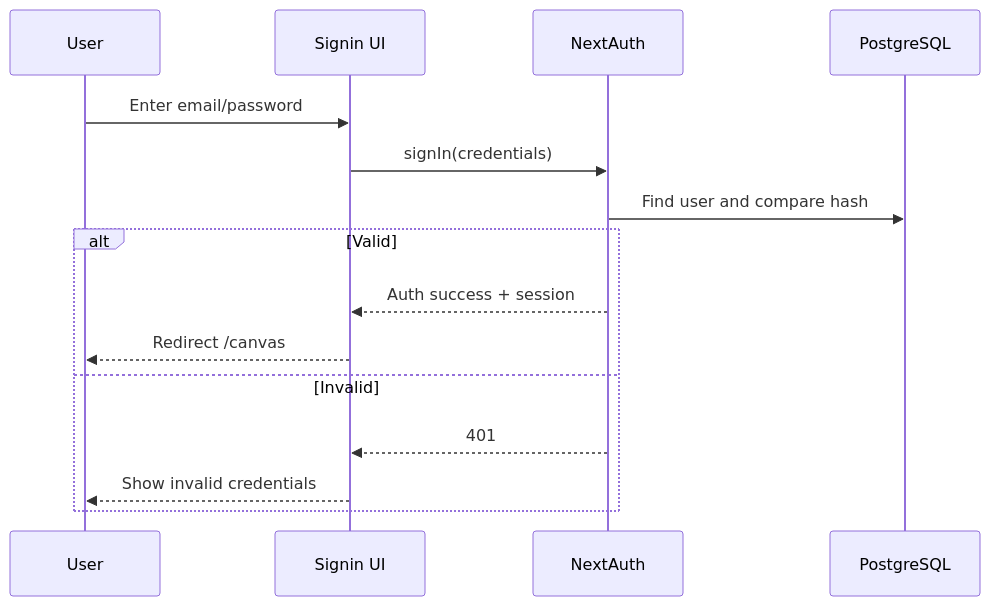
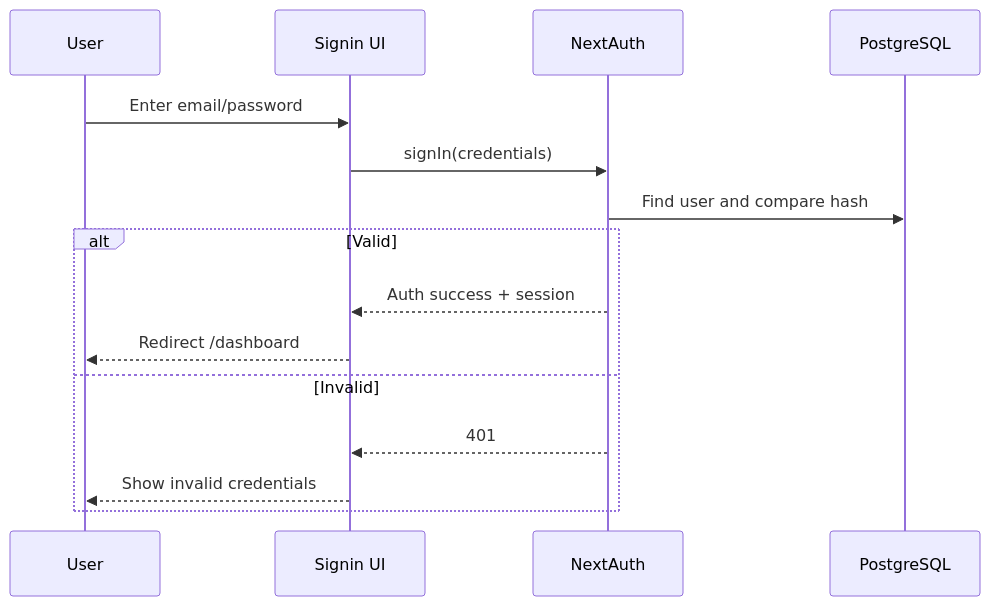
One commit to Namansingh3264/NexusEditor changed the fourth of 9 diagrams in README.md. Above: the diagram before and after it, drawn with Mermaid. The commit also changed other lines of this file and 12 other files, not shown here.

````diff
--- a/README.md
+++ b/README.md
@@ -222,18 +242,18 @@
 ```mermaid
 sequenceDiagram
     participant U as User
     participant SI as Signin UI
     participant NA as NextAuth
     participant DB as PostgreSQL
 
     U->>SI: Enter email/password
     SI->>NA: signIn(credentials)
     NA->>DB: Find user and compare hash
     alt Valid
         NA-->>SI: Auth success + session
-        SI-->>U: Redirect /canvas
+        SI-->>U: Redirect /dashboard
     else Invalid
         NA-->>SI: 401
         SI-->>U: Show invalid credentials
     end
 ```
````
